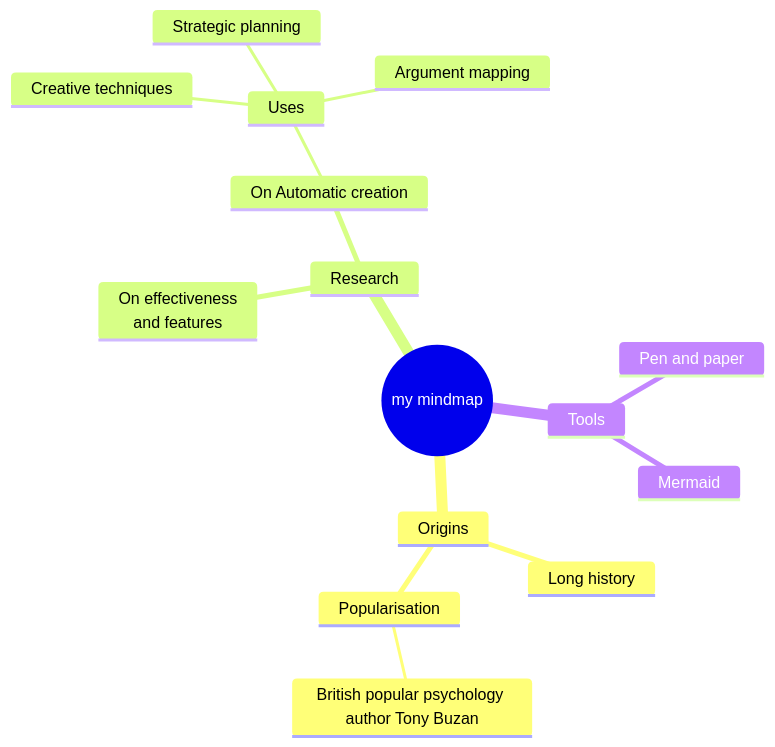
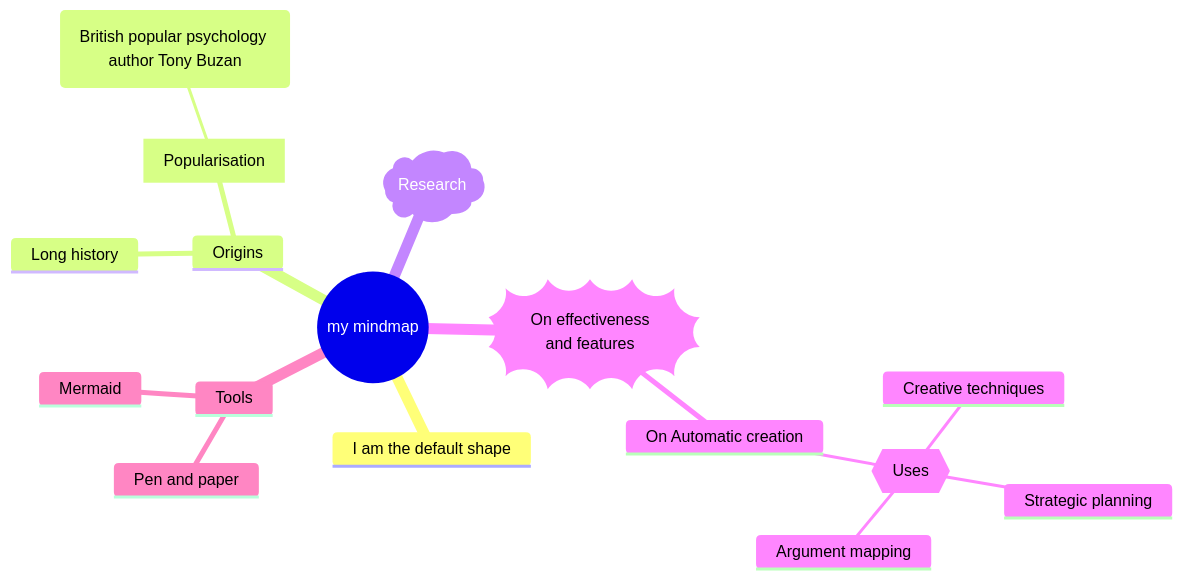
Diagram 12 of 13 in Mermaid/graph-types.md (langenhagen/experiments-and-tutorials), drawn with Mermaid before and after one commit. The commit also changed other lines of this file, not shown here.

Commit message:
Extend and improve Mermaid/graph-types.md

````diff
--- a/Mermaid/graph-types.md
+++ b/Mermaid/graph-types.md
@@ -130,19 +133,20 @@
 ```mermaid
 mindmap
   root((my mindmap))
+    I am the default shape
     Origins
       Long history
       ::icon(fa fa-book)
-      Popularisation
-        British popular psychology author Tony Buzan
-    Research
-      On effectiveness<br/>and features
+      [Popularisation]
+        (British popular psychology author Tony Buzan)
+    )Research(
+    ))On effectiveness<br/>and features((
       On Automatic creation
-        Uses
+        {{Uses}}
             Creative techniques
             Strategic planning
             Argument mapping
     Tools
       Pen and paper
       Mermaid
 ```
````
